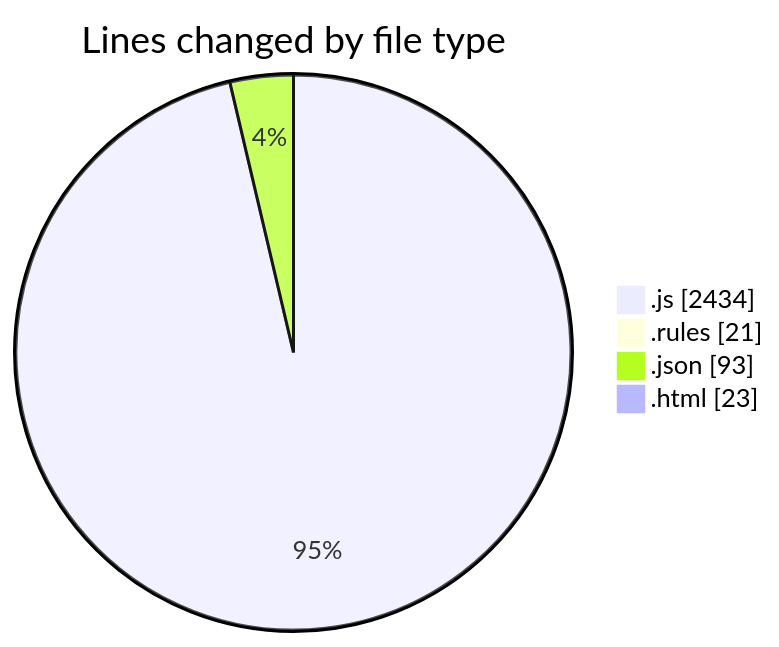
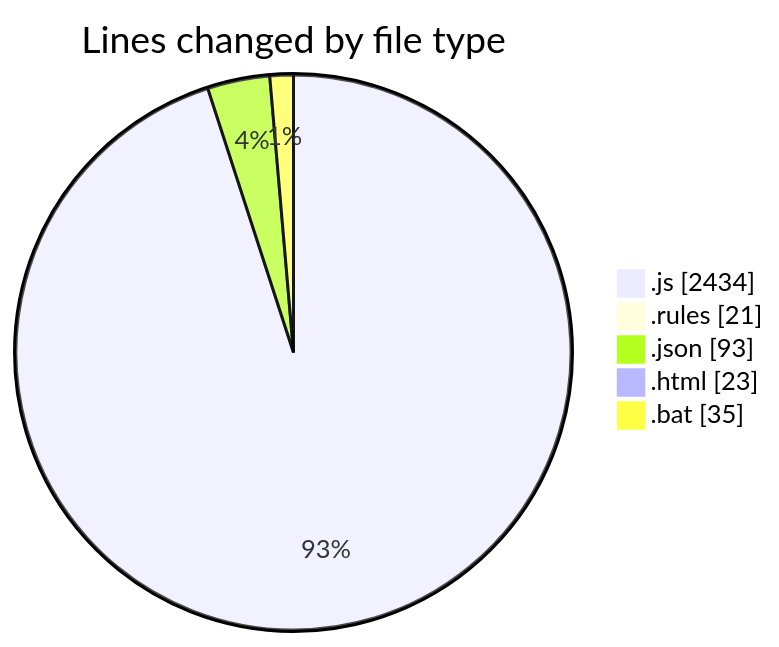
One commit to lephambinh05/code-tracking changed the first of 2 diagrams in 2025-09-01/20m/README.md. Above: the diagram before and after it, drawn with Mermaid. The commit also changed other lines of this file and 1 other file, not shown here.

````diff
--- a/2025-09-01/20m/README.md
+++ b/2025-09-01/20m/README.md
@@ -45,8 +46,9 @@
 ```mermaid
 pie showData
 title Lines changed by file type
 ".js" : 2434
 ".rules" : 21
 ".json" : 93
 ".html" : 23
+".bat" : 35
 ```
````
